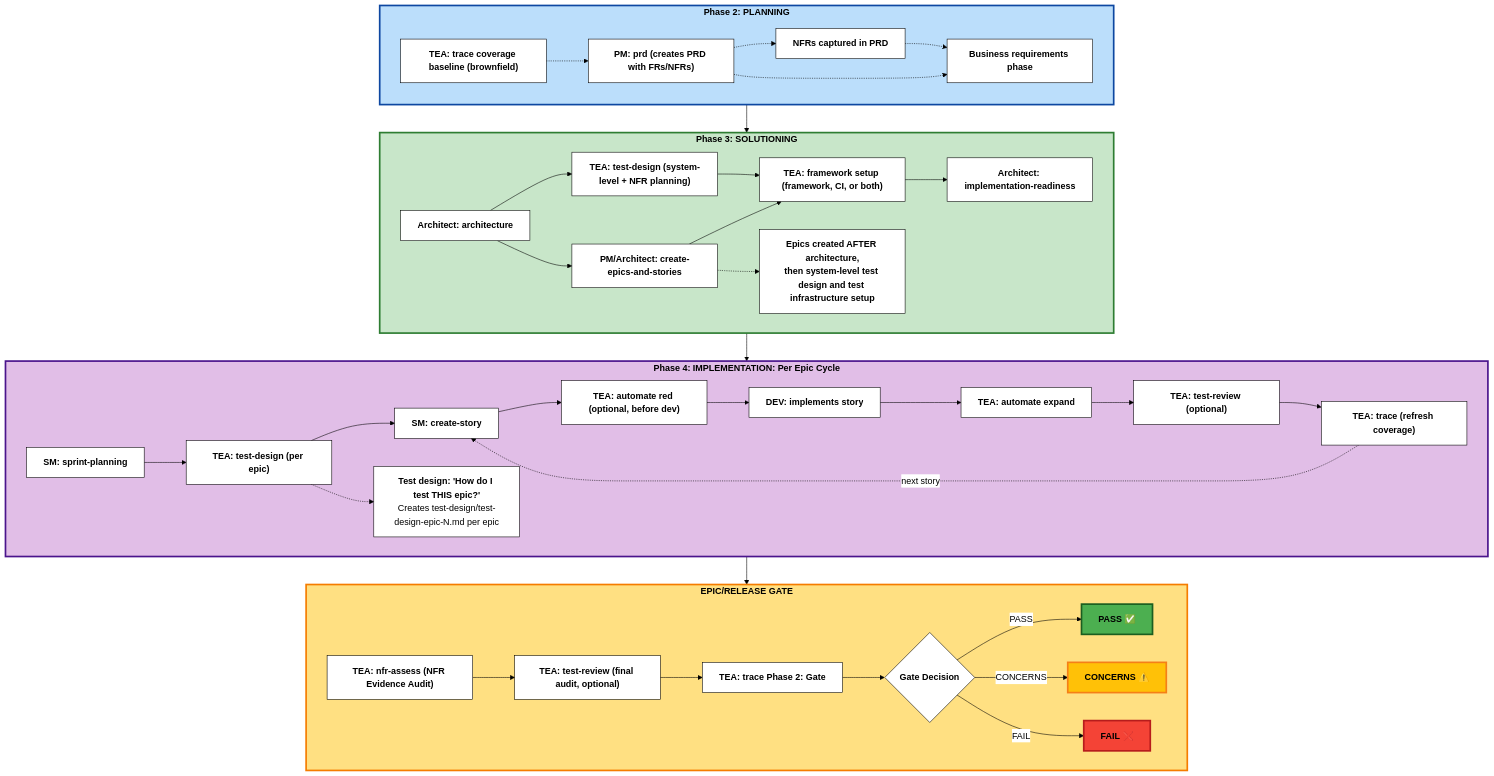
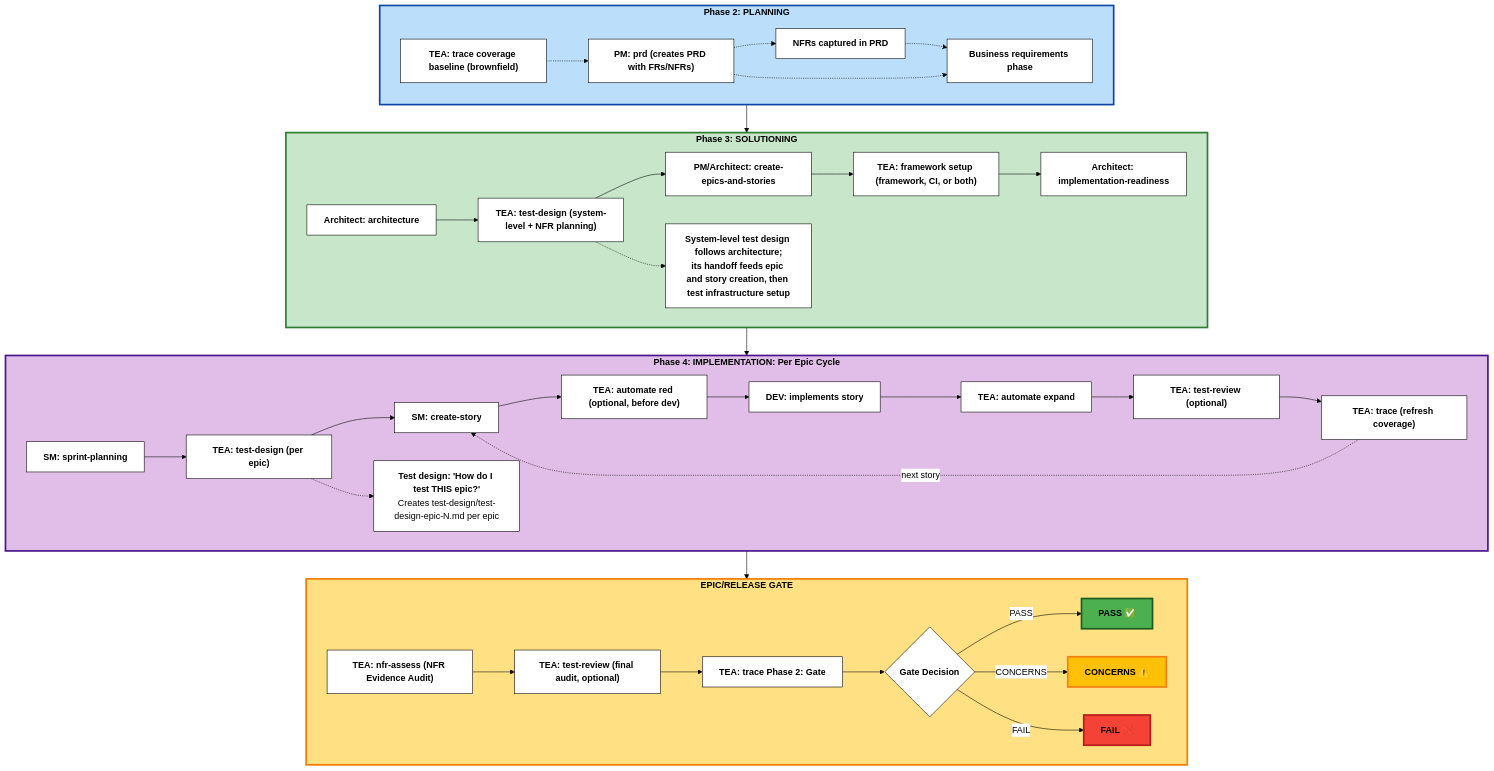
One commit to bmad-code-org/bmad-method-test-architecture-enterprise changed the diagram in docs/explanation/tea-overview.md. Above: the diagram before and after it, drawn with Mermaid. The commit also changed other lines of this file and 23 other files, not shown here.

````diff
--- a/docs/explanation/tea-overview.md
+++ b/docs/explanation/tea-overview.md
@@ -82,77 +75,76 @@
 ```mermaid
 %%{init: {'theme':'base', 'themeVariables': { 'primaryColor':'#fff','primaryTextColor':'#000','primaryBorderColor':'#000','lineColor':'#000','secondaryColor':'#fff','tertiaryColor':'#fff','fontSize':'16px','fontFamily':'arial'}}}%%
 graph TB
     subgraph Phase2["<b>Phase 2: PLANNING</b>"]
         TraceBaseline["<b>TEA: trace coverage baseline (brownfield)</b>"]
         PM["<b>PM: prd (creates PRD with FRs/NFRs)</b>"]
         TraceBaseline -.-> PM
         PlanNote["<b>Business requirements phase</b>"]
         PrdNfr["<b>NFRs captured in PRD</b>"]
         PM -.-> PrdNfr
         PrdNfr -.-> PlanNote
         PM -.-> PlanNote
     end
 
     subgraph Phase3["<b>Phase 3: SOLUTIONING</b>"]
         Architecture["<b>Architect: architecture</b>"]
         EpicsStories["<b>PM/Architect: create-epics-and-stories</b>"]
         TestDesignSys["<b>TEA: test-design (system-level + NFR planning)</b>"]
         Framework["<b>TEA: framework setup (framework, CI, or both)</b>"]
         GateCheck["<b>Architect: implementation-readiness</b>"]
-        Architecture --> EpicsStories
         Architecture --> TestDesignSys
-        TestDesignSys --> Framework
+        TestDesignSys --> EpicsStories
         EpicsStories --> Framework
         Framework --> GateCheck
-        Phase3Note["<b>Epics created AFTER architecture,</b><br/><b>then system-level test design and test infrastructure setup</b>"]
-        EpicsStories -.-> Phase3Note
+        Phase3Note["<b>System-level test design follows architecture;</b><br/><b>its handoff feeds epic and story creation, then test infrastructure setup</b>"]
+        TestDesignSys -.-> Phase3Note
     end
 
     subgraph Phase4["<b>Phase 4: IMPLEMENTATION: Per Epic Cycle</b>"]
         SprintPlan["<b>SM: sprint-planning</b>"]
         TestDesign["<b>TEA: test-design (per epic)</b>"]
         CreateStory["<b>SM: create-story</b>"]
         ATDD["<b>TEA: automate red (optional, before dev)</b>"]
         DevImpl["<b>DEV: implements story</b>"]
         Automate["<b>TEA: automate expand</b>"]
         TestReview1["<b>TEA: test-review (optional)</b>"]
         Trace1["<b>TEA: trace (refresh coverage)</b>"]
 
         SprintPlan --> TestDesign
         TestDesign --> CreateStory
         CreateStory --> ATDD
         ATDD --> DevImpl
         DevImpl --> Automate
         Automate --> TestReview1
         TestReview1 --> Trace1
         Trace1 -.->|next story| CreateStory
         TestDesignNote["<b>Test design: 'How do I test THIS epic?'</b><br/>Creates test-design/test-design-epic-N.md per epic"]
         TestDesign -.-> TestDesignNote
     end
 
     subgraph Gate["<b>EPIC/RELEASE GATE</b>"]
         NFR["<b>TEA: nfr-assess (NFR Evidence Audit)</b>"]
         TestReview2["<b>TEA: test-review (final audit, optional)</b>"]
         TraceGate["<b>TEA: trace Phase 2: Gate</b>"]
         GateDecision{"<b>Gate Decision</b>"}
 
         NFR --> TestReview2
         TestReview2 --> TraceGate
         TraceGate --> GateDecision
         GateDecision -->|PASS| Pass["<b>PASS ✅</b>"]
         GateDecision -->|CONCERNS| Concerns["<b>CONCERNS ⚠️</b>"]
         GateDecision -->|FAIL| Fail["<b>FAIL ❌</b>"]
     end
 
     Phase2 --> Phase3
     Phase3 --> Phase4
     Phase4 --> Gate
 
     style Phase2 fill:#bbdefb,stroke:#0d47a1,stroke-width:3px,color:#000
     style Phase3 fill:#c8e6c9,stroke:#2e7d32,stroke-width:3px,color:#000
     style Phase4 fill:#e1bee7,stroke:#4a148c,stroke-width:3px,color:#000
     style Gate fill:#ffe082,stroke:#f57c00,stroke-width:3px,color:#000
     style Pass fill:#4caf50,stroke:#1b5e20,stroke-width:3px,color:#000
     style Concerns fill:#ffc107,stroke:#f57f17,stroke-width:3px,color:#000
     style Fail fill:#f44336,stroke:#b71c1c,stroke-width:3px,color:#000
 ```
````
